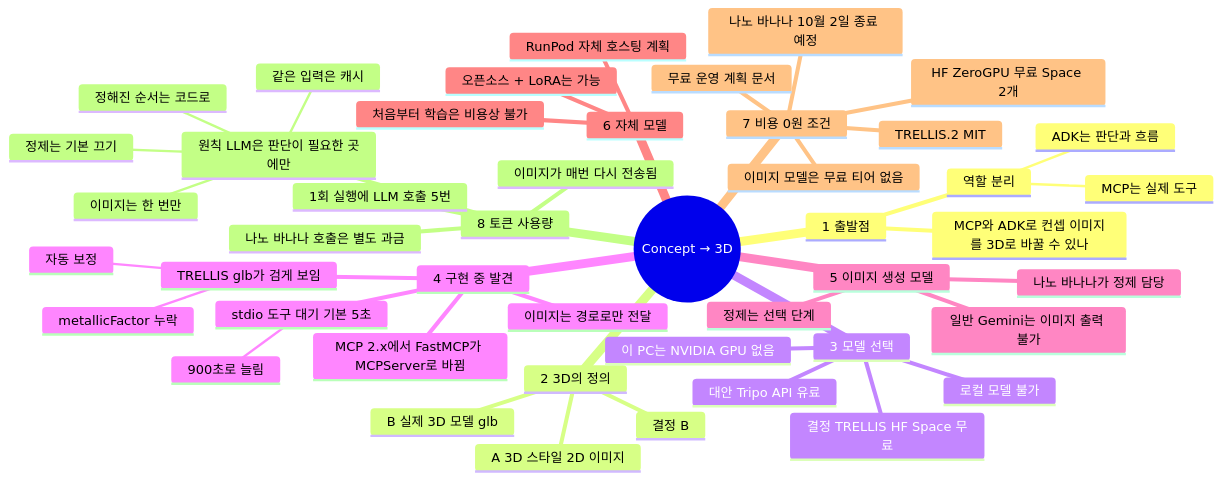
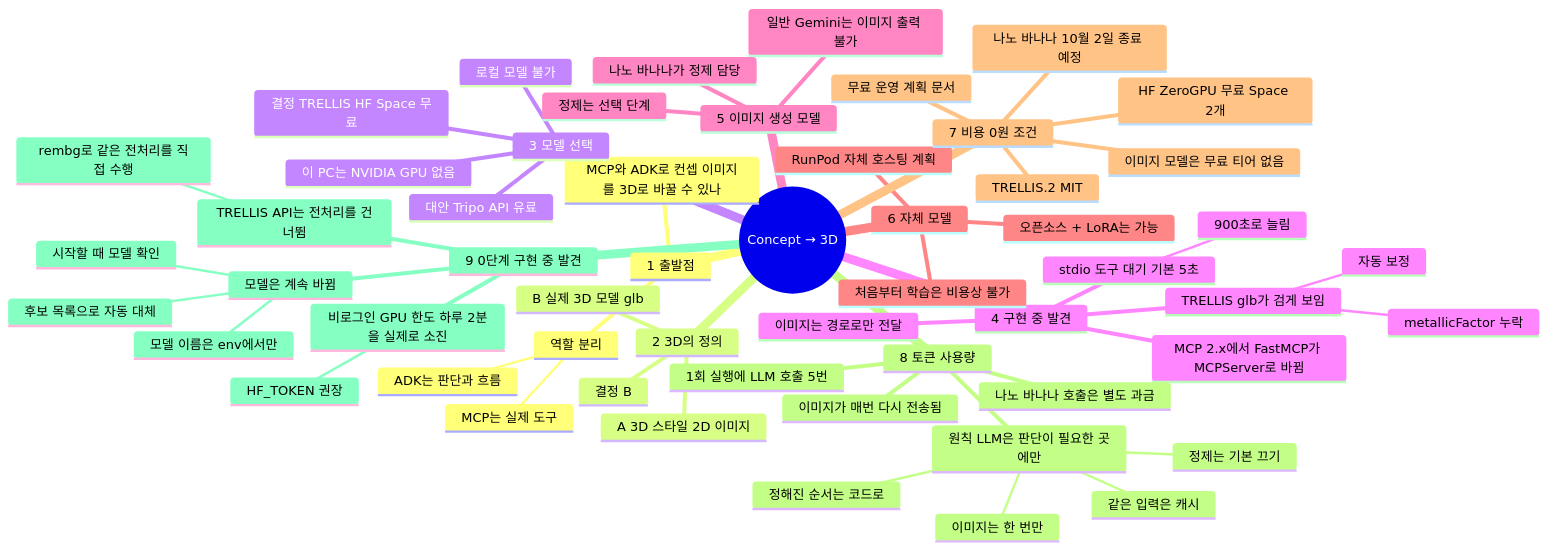
Before and after one commit to SKN35shimsungwook/concept3d_agent: the first of 3 diagrams in README.md, drawn with Mermaid. The commit also changed other lines of this file and 7 other files, not shown here.

````diff
--- a/README.md
+++ b/README.md
@@ -74,49 +84,58 @@
 ```mermaid
 mindmap
   root((Concept → 3D))
     1 출발점
       MCP와 ADK로 컨셉 이미지를 3D로 바꿀 수 있나
       역할 분리
         ADK는 판단과 흐름
         MCP는 실제 도구
     2 3D의 정의
       A 3D 스타일 2D 이미지
       B 실제 3D 모델 glb
       결정 B
     3 모델 선택
       이 PC는 NVIDIA GPU 없음
       로컬 모델 불가
       결정 TRELLIS HF Space 무료
       대안 Tripo API 유료
     4 구현 중 발견
       MCP 2.x에서 FastMCP가 MCPServer로 바뀜
       stdio 도구 대기 기본 5초
         900초로 늘림
       TRELLIS glb가 검게 보임
         metallicFactor 누락
         자동 보정
       이미지는 경로로만 전달
     5 이미지 생성 모델
       일반 Gemini는 이미지 출력 불가
       나노 바나나가 정제 담당
       정제는 선택 단계
     6 자체 모델
       처음부터 학습은 비용상 불가
       오픈소스 + LoRA는 가능
       RunPod 자체 호스팅 계획
     7 비용 0원 조건
       나노 바나나 10월 2일 종료 예정
       이미지 모델은 무료 티어 없음
       HF ZeroGPU 무료 Space 2개
       TRELLIS.2 MIT
       무료 운영 계획 문서
     8 토큰 사용량
       1회 실행에 LLM 호출 5번
       이미지가 매번 다시 전송됨
       나노 바나나 호출은 별도 과금
       원칙 LLM은 판단이 필요한 곳에만
         정해진 순서는 코드로
         이미지는 한 번만
         정제는 기본 끄기
         같은 입력은 캐시
+    9 0단계 구현 중 발견
+      TRELLIS API는 전처리를 건너뜀
+        rembg로 같은 전처리를 직접 수행
+      비로그인 GPU 한도 하루 2분을 실제로 소진
+        HF_TOKEN 권장
+      모델은 계속 바뀜
+        모델 이름은 env에서만
+        후보 목록으로 자동 대체
+        시작할 때 모델 확인
 ```
````
